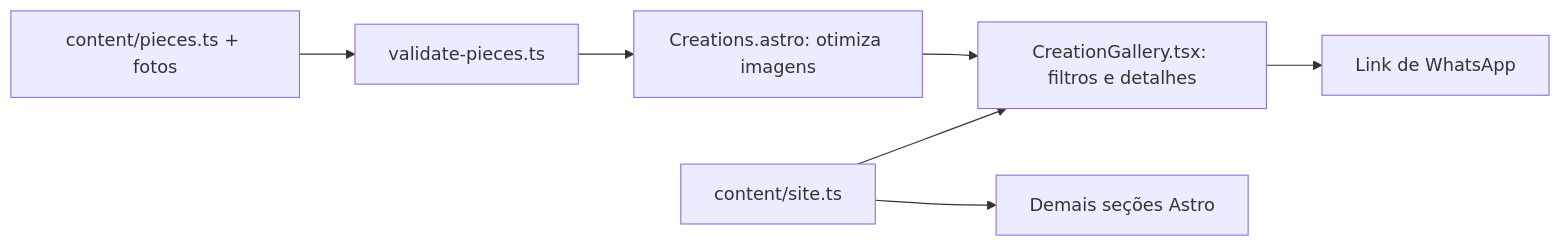
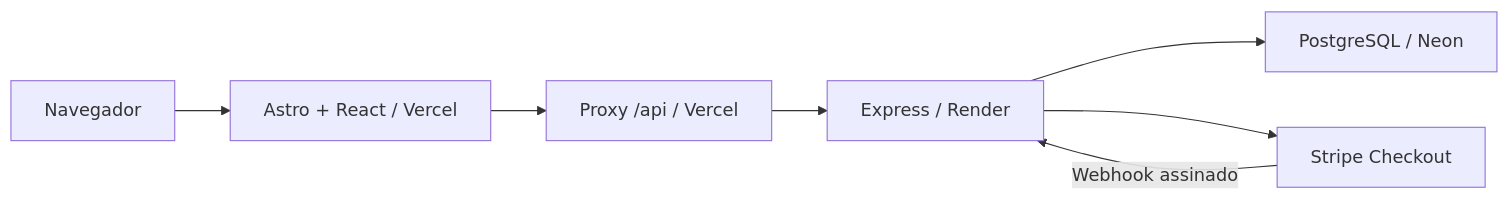
Before and after one commit to Magnumja/qalbi_lpof: the diagram in docs/architecture.md, drawn with Mermaid. The commit also changed other lines of this file and 78 other files, not shown here.

````diff
--- a/docs/architecture.md
+++ b/docs/architecture.md
@@ -7,9 +5,9 @@
 ```mermaid
 flowchart LR
-  A[content/pieces.ts + fotos] --> B[validate-pieces.ts]
-  B --> C[Creations.astro: otimiza imagens]
-  C --> D[CreationGallery.tsx: filtros e detalhes]
-  E[content/site.ts] --> D
-  E --> F[Demais seções Astro]
-  D --> G[Link de WhatsApp]
+  B[Navegador] --> V[Astro + React / Vercel]
+  V --> P[Proxy /api / Vercel]
+  P --> R[Express / Render]
+  R --> N[PostgreSQL / Neon]
+  R --> S[Stripe Checkout]
+  S -->|Webhook assinado| R
 ```
````
